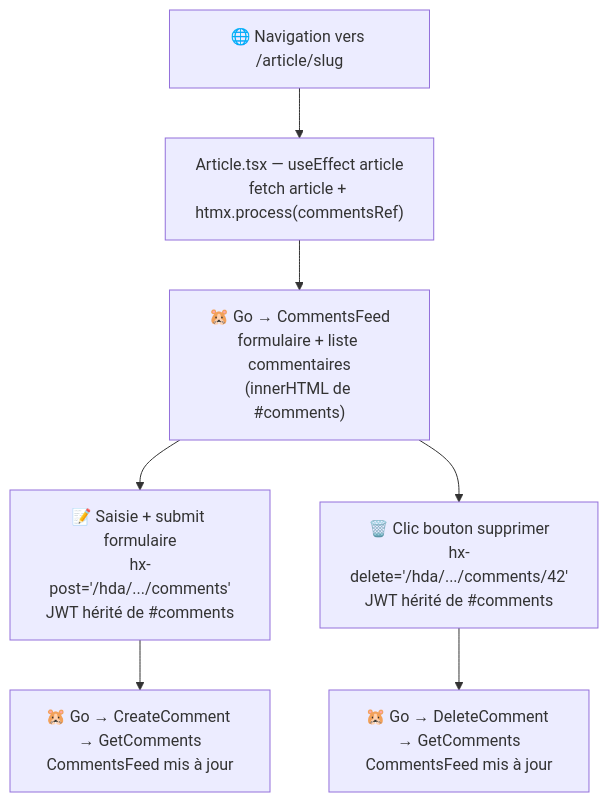
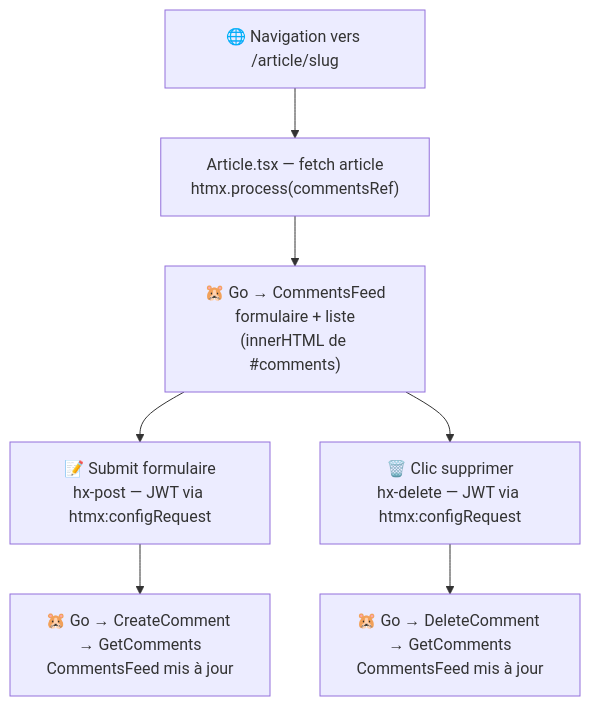
One commit to StephaneTrebel/htmx-de-maniere-simplix changed the diagram in MIGRATION_STEP.md. Above: the diagram before and after it, drawn with Mermaid. The commit also changed other lines of this file, not shown here.

First line of the commit message:
docs: update MIGRATION_STEP to reflect htmx:configRequest JWT injection

````diff
--- a/MIGRATION_STEP.md
+++ b/MIGRATION_STEP.md
@@ -165,14 +201,14 @@
 ```mermaid
 flowchart TD
     A["🌐 Navigation vers /article/slug"]
-    B["Article.tsx — useEffect article\nfetch article + htmx.process(commentsRef)"]
-    C["🐹 Go → CommentsFeed\nformulaire + liste commentaires\n(innerHTML de #comments)"]
-    D["📝 Saisie + submit formulaire\nhx-post='/hda/.../comments'\nJWT hérité de #comments"]
+    B["Article.tsx — fetch article\nhtmx.process(commentsRef)"]
+    C["🐹 Go → CommentsFeed\nformulaire + liste\n(innerHTML de #comments)"]
+    D["📝 Submit formulaire\nhx-post — JWT via htmx:configRequest"]
     E["🐹 Go → CreateComment → GetComments\nCommentsFeed mis à jour"]
-    F["🗑️ Clic bouton supprimer\nhx-delete='/hda/.../comments/42'\nJWT hérité de #comments"]
+    F["🗑️ Clic supprimer\nhx-delete — JWT via htmx:configRequest"]
     G["🐹 Go → DeleteComment → GetComments\nCommentsFeed mis à jour"]
 
     A --> B --> C
     C --> D --> E
     C --> F --> G
 ```
````
